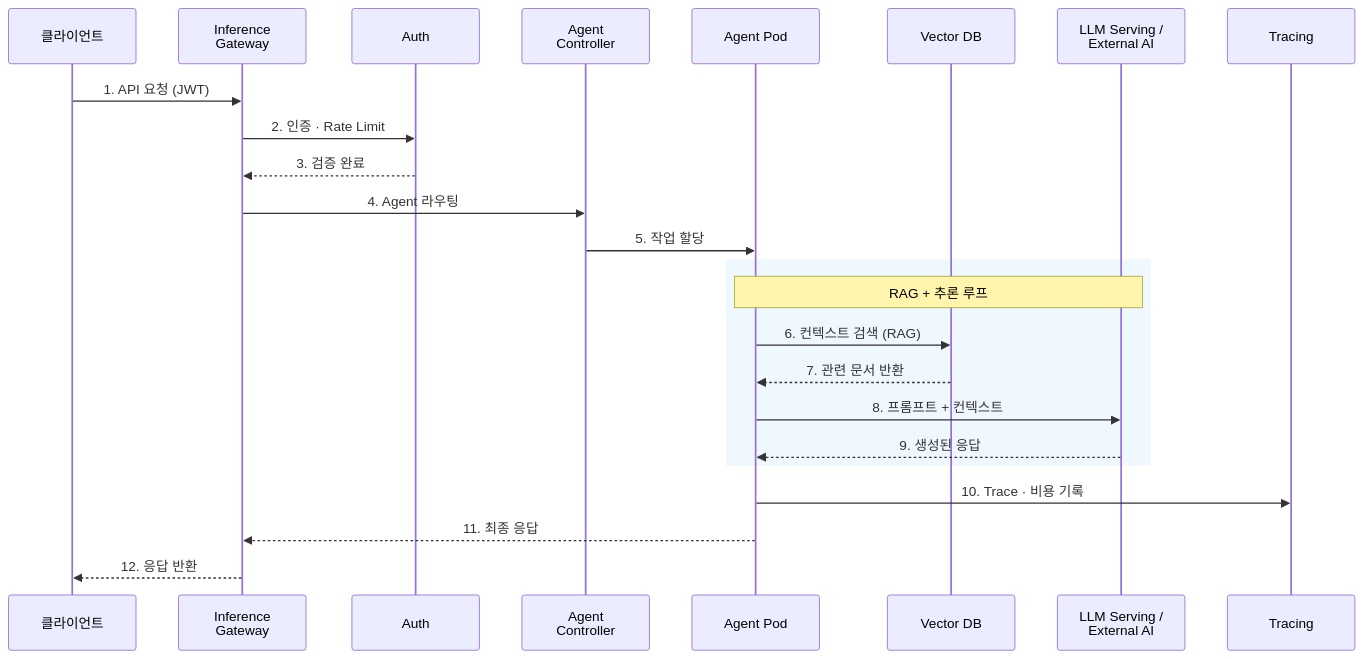
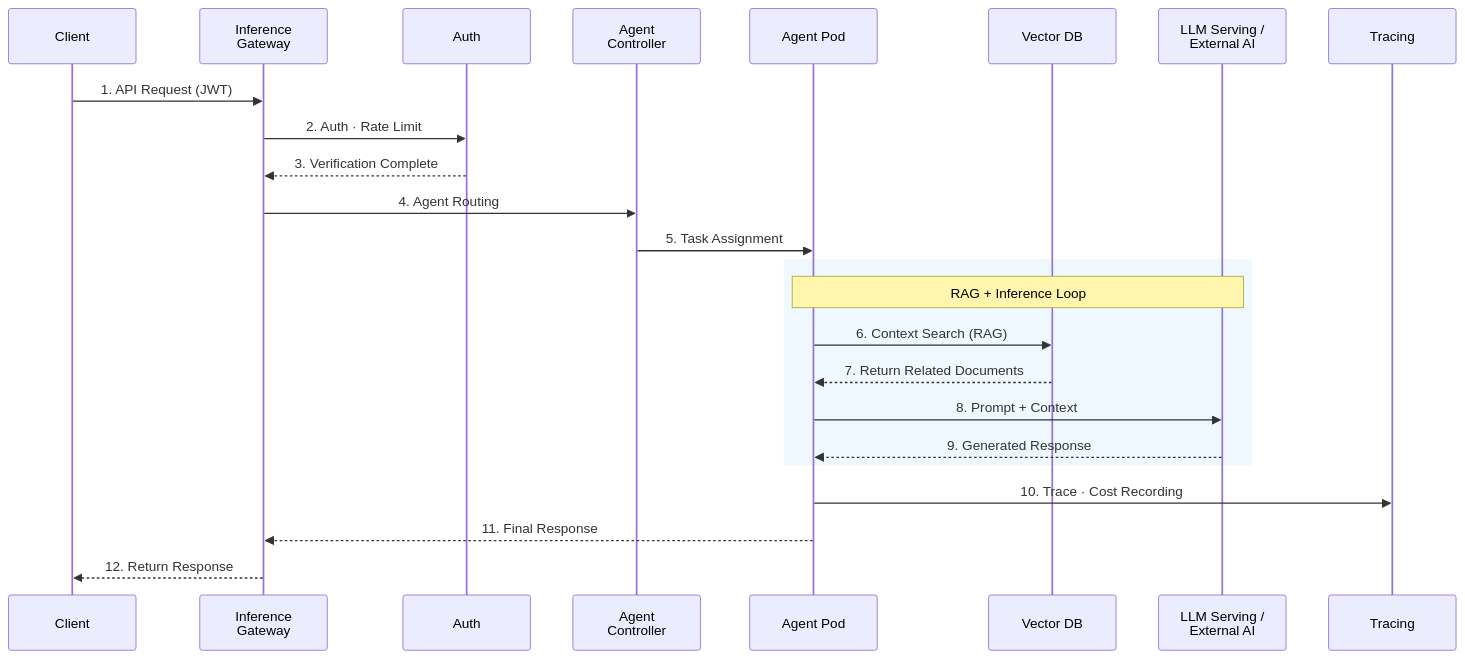
The fifth of 5 diagrams in i18n/en/docusaurus-plugin-content-docs/current/agentic-ai-platform/design-architecture/agentic-platform-architecture.md (devfloor9/engineering-playbook), drawn with Mermaid before and after one commit. The commit also changed other lines of this file and 16 other files, not shown here.

````diff
--- a/i18n/en/docusaurus-plugin-content-docs/current/agentic-ai-platform/design-architecture/agentic-platform-architecture.md
+++ b/i18n/en/docusaurus-plugin-content-docs/current/agentic-ai-platform/design-architecture/agentic-platform-architecture.md
@@ -300,29 +300,29 @@
 ```mermaid
 sequenceDiagram
-    participant Client as 클라이언트
+    participant Client as Client
     participant Gateway as Inference<br/>Gateway
     participant Auth as Auth
     participant Controller as Agent<br/>Controller
     participant Agent as Agent Pod
     participant VectorDB as Vector DB
     participant LLM as LLM Serving /<br/>External AI
     participant Trace as Tracing
 
-    Client->>Gateway: 1. API 요청 (JWT)
-    Gateway->>Auth: 2. 인증 · Rate Limit
-    Auth-->>Gateway: 3. 검증 완료
-    Gateway->>Controller: 4. Agent 라우팅
-    Controller->>Agent: 5. 작업 할당
+    Client->>Gateway: 1. API Request (JWT)
+    Gateway->>Auth: 2. Auth · Rate Limit
+    Auth-->>Gateway: 3. Verification Complete
+    Gateway->>Controller: 4. Agent Routing
+    Controller->>Agent: 5. Task Assignment
 
     rect rgb(240, 248, 255)
-    Note over Agent,LLM: RAG + 추론 루프
-    Agent->>VectorDB: 6. 컨텍스트 검색 (RAG)
-    VectorDB-->>Agent: 7. 관련 문서 반환
-    Agent->>LLM: 8. 프롬프트 + 컨텍스트
-    LLM-->>Agent: 9. 생성된 응답
+    Note over Agent,LLM: RAG + Inference Loop
+    Agent->>VectorDB: 6. Context Search (RAG)
+    VectorDB-->>Agent: 7. Return Related Documents
+    Agent->>LLM: 8. Prompt + Context
+    LLM-->>Agent: 9. Generated Response
     end
 
-    Agent->>Trace: 10. Trace · 비용 기록
-    Agent-->>Gateway: 11. 최종 응답
-    Gateway-->>Client: 12. 응답 반환
+    Agent->>Trace: 10. Trace · Cost Recording
+    Agent-->>Gateway: 11. Final Response
+    Gateway-->>Client: 12. Return Response
 ```
````
